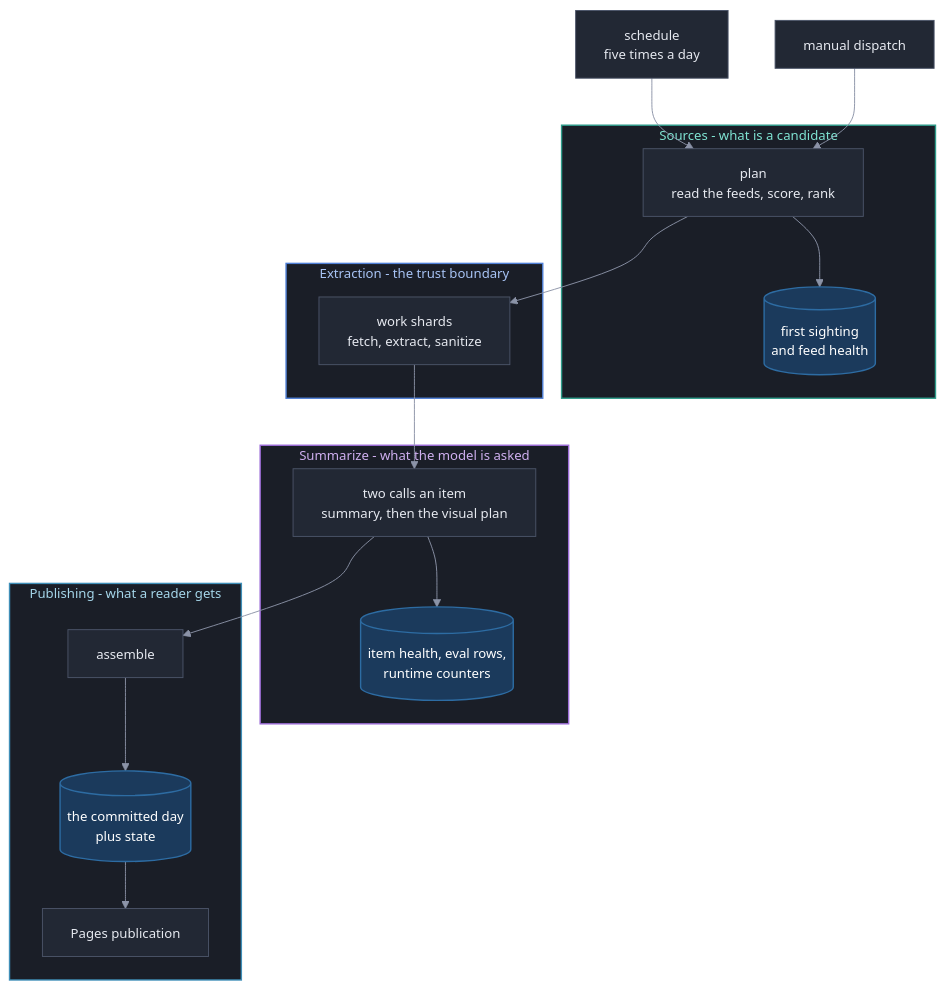
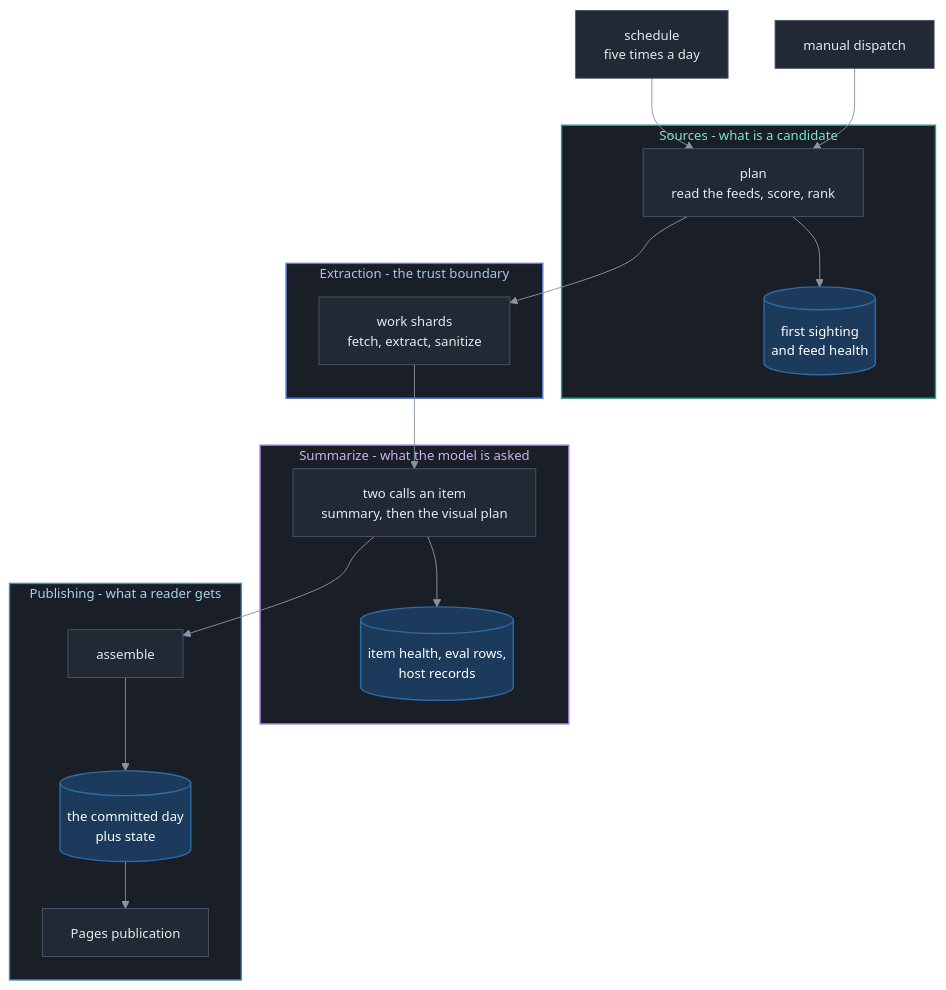
The second of 4 diagrams in docs/reference/github-actions.md (miztiik/yen-idhazh), drawn with Mermaid before and after one commit. The commit also changed other lines of this file and 90 other files, not shown here.

First line of the commit message:
The runtime-counters ledger is retired (#960)

````diff
--- a/docs/reference/github-actions.md
+++ b/docs/reference/github-actions.md
@@ -233,40 +233,40 @@
 ```mermaid
 %%{init: {"theme": "base", "themeVariables": {"background": "#0f1117", "primaryColor": "#222834", "primaryTextColor": "#e6e9f0", "primaryBorderColor": "#4b5468", "lineColor": "#8b93a7", "textColor": "#e6e9f0", "clusterBkg": "#1a1e27", "clusterBorder": "#3a4254", "titleColor": "#e6e9f0", "edgeLabelBackground": "#1a1e27", "fontSize": "14px"}}}%%
 flowchart TB
  SCHEDULE["schedule<br/>five times a day"] --> PLAN
  MANUAL["manual dispatch"] --> PLAN
 
  subgraph ING["Sources - what is a candidate"]
   PLAN["plan<br/>read the feeds, score, rank"]
   PLAN --> SEEN[("first sighting<br/>and feed health")]
  end
 
  subgraph EXT["Extraction - the trust boundary"]
   PLAN --> FETCH["work shards<br/>fetch, extract, sanitize"]
  end
 
  subgraph MOD["Summarize - what the model is asked"]
   FETCH --> CALLS["two calls an item<br/>summary, then the visual plan"]
-  CALLS --> ROWS[("item health, eval rows,<br/>runtime counters")]
+  CALLS --> ROWS[("item health, eval rows,<br/>host records")]
  end
 
  subgraph PUB["Publishing - what a reader gets"]
   CALLS --> ASSEMBLE["assemble"]
   ASSEMBLE --> DAY[("the committed day<br/>plus state")]
   DAY --> PAGES["Pages publication"]
  end
 
  classDef stage fill:#222834,stroke:#4b5468,stroke-width:1px,color:#e6e9f0;
  classDef store fill:#1b3a5c,stroke:#2d6ca3,stroke-width:1.5px,color:#ffffff;
  classDef sysIngest fill:#1a1e27,stroke:#2e9c8a,stroke-width:1.5px,color:#7fe3d2;
  classDef sysExtract fill:#1a1e27,stroke:#4f7fd6,stroke-width:1.5px,color:#a8c4f5;
  classDef sysModel fill:#1a1e27,stroke:#9b6bd6,stroke-width:1.5px,color:#cfb0f0;
  classDef sysPublish fill:#1a1e27,stroke:#3f8fb8,stroke-width:1.5px,color:#a5d6ea;
 
  class SCHEDULE,MANUAL,PLAN,FETCH,CALLS,ASSEMBLE,PAGES stage;
  class SEEN,ROWS,DAY store;
  class ING sysIngest;
  class EXT sysExtract;
  class MOD sysModel;
  class PUB sysPublish;
 ```
````
